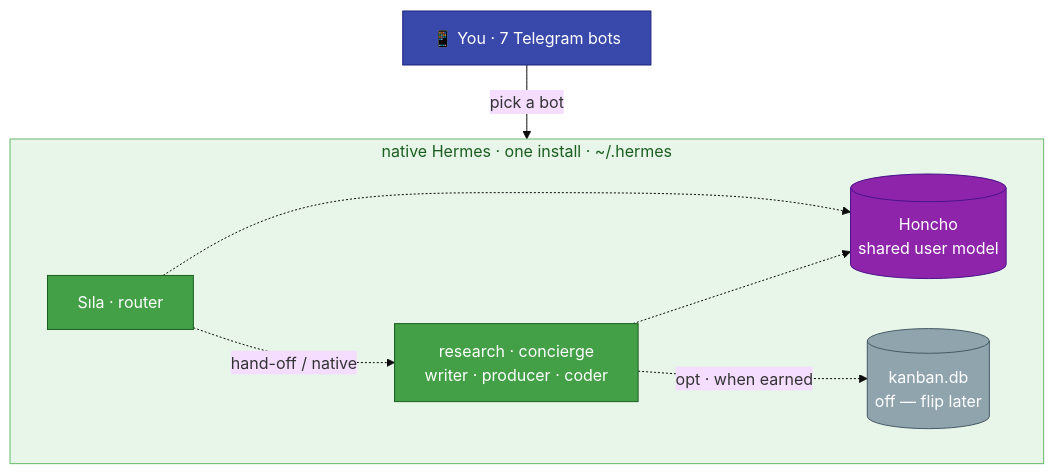
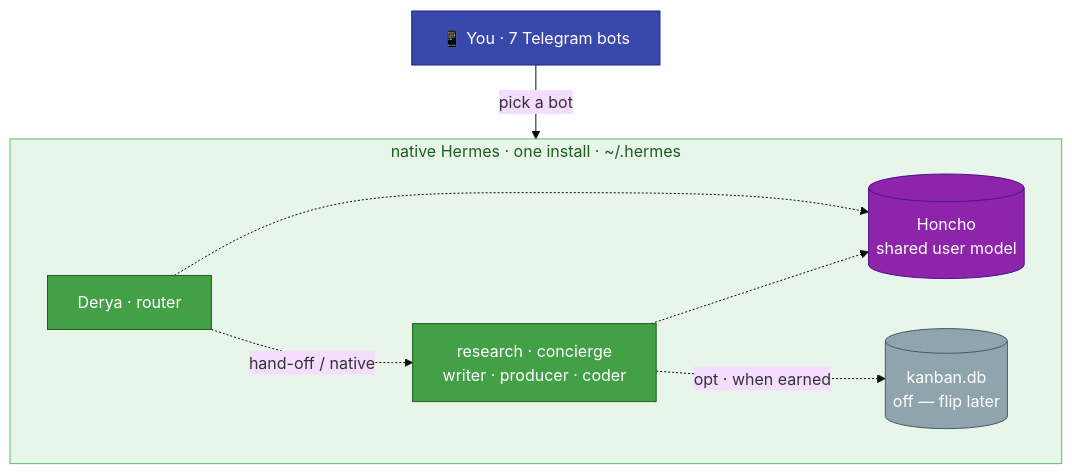
The diagram in docs/12-agent-comms.md (mpolatcan/hermes-setup), drawn with Mermaid (base theme) before and after one commit. The commit also changed other lines of this file and 10 other files, not shown here.

First line of the commit message:
Rename agents: Sila->Derya, Pinar->Nilay, Ece->Naz

````diff
--- a/docs/12-agent-comms.md
+++ b/docs/12-agent-comms.md
@@ -7,21 +7,21 @@
 ```mermaid
 flowchart TB
     you["📱 You · 7 Telegram bots"]:::user
     subgraph install["native Hermes · one install · ~/.hermes"]
         direction LR
-        sila["Sıla · router"]:::mini
+        derya["Derya · router"]:::mini
         others["research · concierge<br/>writer · producer · coder"]:::mini
         honcho[("Honcho<br/>shared user model")]:::infra
         board[("kanban.db<br/>off — flip later")]:::off
     end
     you -->|pick a bot| install
-    sila -.->|hand-off / native| others
+    derya -.->|hand-off / native| others
     others -.-> honcho
-    sila -.-> honcho
+    derya -.-> honcho
     others -. "opt · when earned" .-> board
     classDef user fill:#3949AB,stroke:#1A237E,color:#fff
     classDef mini fill:#43A047,stroke:#1B5E20,color:#fff
     classDef infra fill:#8E24AA,stroke:#4A148C,color:#fff
     classDef off fill:#90A4AE,stroke:#455A64,color:#fff
     style install fill:#E8F5E9,stroke:#66BB6A,color:#1B5E20
 ```
````
